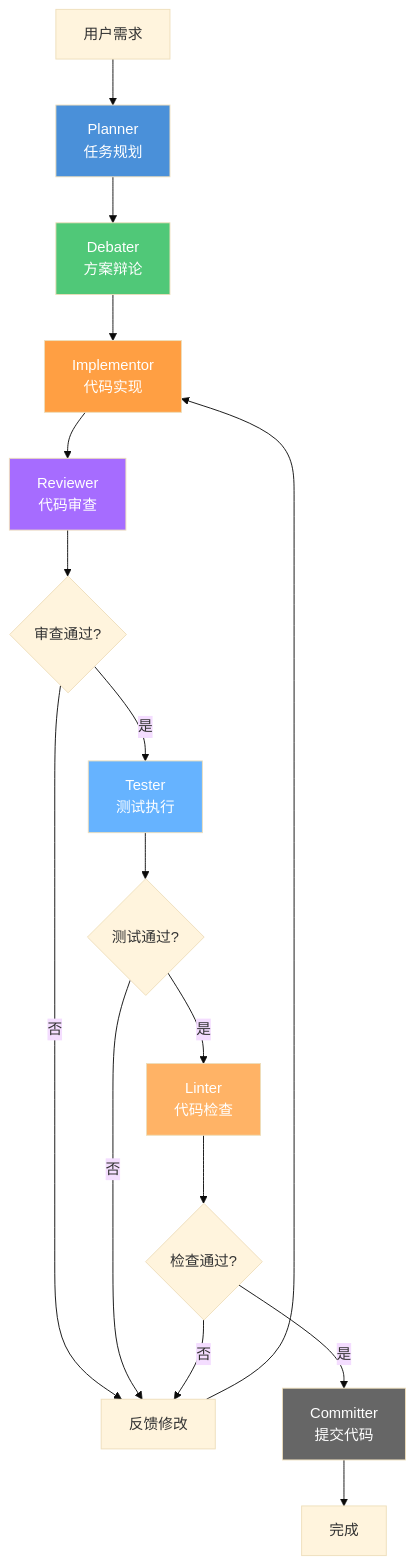
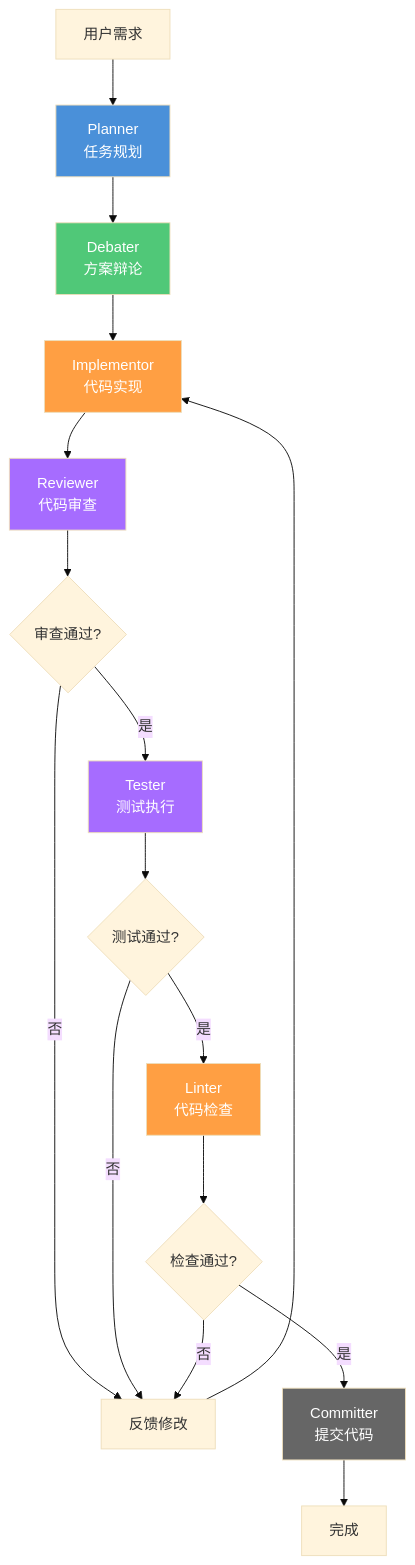
Before and after one commit to tonydeng/harness-engineering-from-oc-to-ai-coding: the ninth of 12 diagrams in src/04-workflows/multi-agent-collab.md, drawn with Mermaid (base theme). The commit also changed other lines of this file and 331 other files, not shown here.

````diff
--- a/src/04-workflows/multi-agent-collab.md
+++ b/src/04-workflows/multi-agent-collab.md
@@ -430,26 +728,26 @@
 ```mermaid
 flowchart TB
     A[用户需求] --> B[Planner<br/>任务规划]
     B --> C[Debater<br/>方案辩论]
     C --> D[Implementor<br/>代码实现]
     D --> E[Reviewer<br/>代码审查]
     E --> F{审查通过?}
     F -->|否| G[反馈修改]
     G --> D
     F -->|是| H[Tester<br/>测试执行]
     H --> I{测试通过?}
     I -->|否| G
     I -->|是| J[Linter<br/>代码检查]
     J --> K{检查通过?}
     K -->|否| G
     K -->|是| L[Committer<br/>提交代码]
     L --> M[完成]
 
     style B fill:#4A90D9,color:#fff
     style C fill:#50C878,color:#fff
     style D fill:#FF9F43,color:#fff
     style E fill:#A66CFF,color:#fff
-    style H fill:#66B3FF,color:#fff
-    style J fill:#FFB366,color:#fff
+    style H fill:#A66CFF,color:#fff
+    style J fill:#FF9F43,color:#fff
     style L fill:#666,color:#fff
 ```
````
